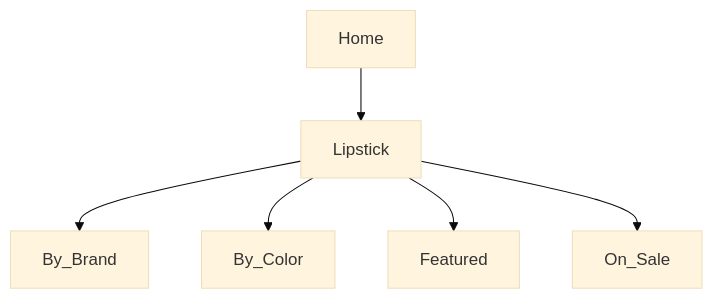
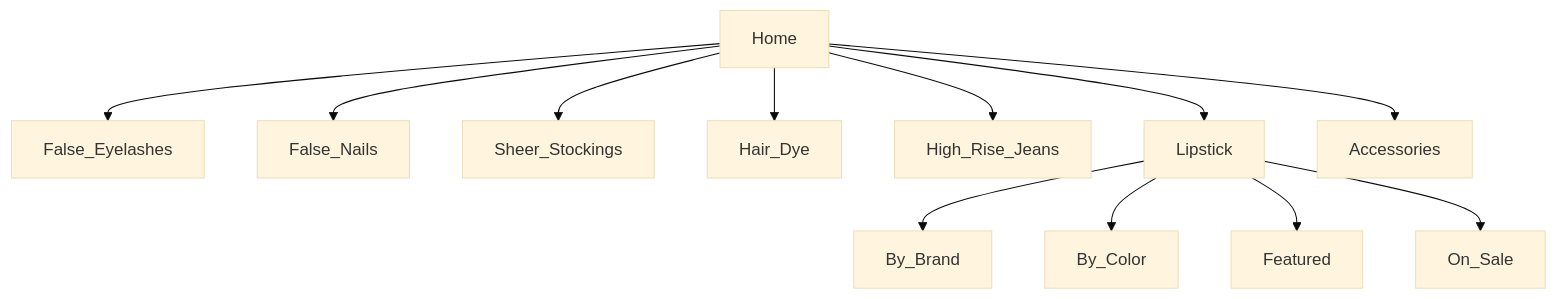
Before and after one commit to misterfitzy/false-eyelash-store: the diagram in specs/product-spec.md, drawn with Mermaid (base theme). The commit also changed other lines of this file, not shown here.

````diff
--- a/specs/product-spec.md
+++ b/specs/product-spec.md
@@ -28,8 +29,14 @@
 ```mermaid
 graph TD
+  Home --> False_Eyelashes
+  Home --> False_Nails
+  Home --> Sheer_Stockings
+  Home --> Hair_Dye
+  Home --> High_Rise_Jeans
   Home --> Lipstick
+  Home --> Accessories
   Lipstick --> By_Brand
   Lipstick --> By_Color
   Lipstick --> Featured
   Lipstick --> On_Sale
 ```
````
